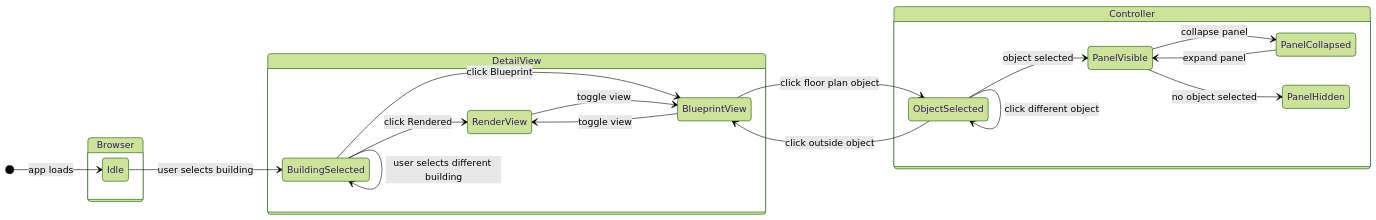
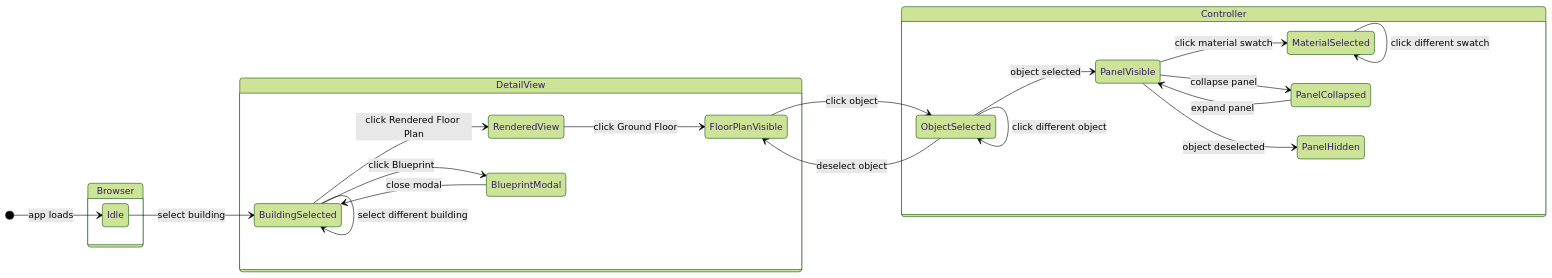
Before and after one commit to tinale21/ReactiveSandbox: the diagram in README.md, drawn with Mermaid (forest theme). The commit also changed other lines of this file, not shown here.

Commit message:
Update Mermaid diagram, AI Direction Log, and Records of Resistance
Diagram now accurately reflects floor selection step and blueprint modal.
Log adds entries 14-15 for material previews and floor nav.
Resistance adds entries 12-13 for scale iteration and replace_all overwrite.

````diff
--- a/README.md
+++ b/README.md
@@ -123,28 +123,30 @@
 ```mermaid
 stateDiagram-v2
     direction LR
 
     [*] --> Idle : app loads
 
     state Browser {
-        Idle --> BuildingSelected : user selects building
-        BuildingSelected --> BuildingSelected : user selects different building
+        Idle --> BuildingSelected : select building
+        BuildingSelected --> BuildingSelected : select different building
     }
 
     state DetailView {
-        BuildingSelected --> RenderView : click Rendered
-        BuildingSelected --> BlueprintView : click Blueprint
-        RenderView --> BlueprintView : toggle view
-        BlueprintView --> RenderView : toggle view
-        BlueprintView --> ObjectSelected : click floor plan object
+        BuildingSelected --> RenderedView : click Rendered Floor Plan
+        BuildingSelected --> BlueprintModal : click Blueprint
+        BlueprintModal --> BuildingSelected : close modal
+        RenderedView --> FloorPlanVisible : click Ground Floor
+        FloorPlanVisible --> ObjectSelected : click object
         ObjectSelected --> ObjectSelected : click different object
-        ObjectSelected --> BlueprintView : click outside object
+        ObjectSelected --> FloorPlanVisible : deselect object
     }
 
     state Controller {
         ObjectSelected --> PanelVisible : object selected
+        PanelVisible --> MaterialSelected : click material swatch
+        MaterialSelected --> MaterialSelected : click different swatch
         PanelVisible --> PanelCollapsed : collapse panel
         PanelCollapsed --> PanelVisible : expand panel
-        PanelVisible --> PanelHidden : no object selected
+        PanelVisible --> PanelHidden : object deselected
     }
 ```
````
